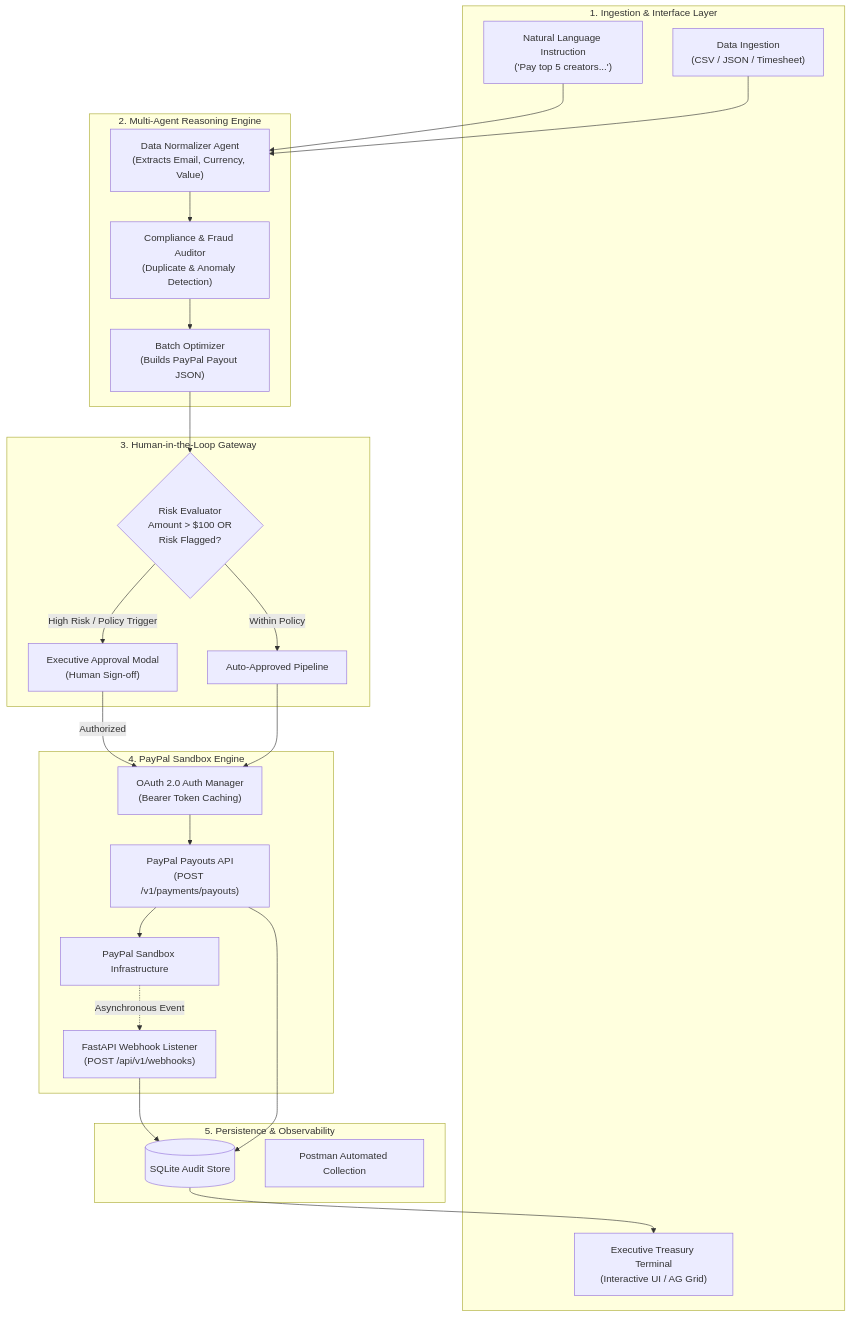
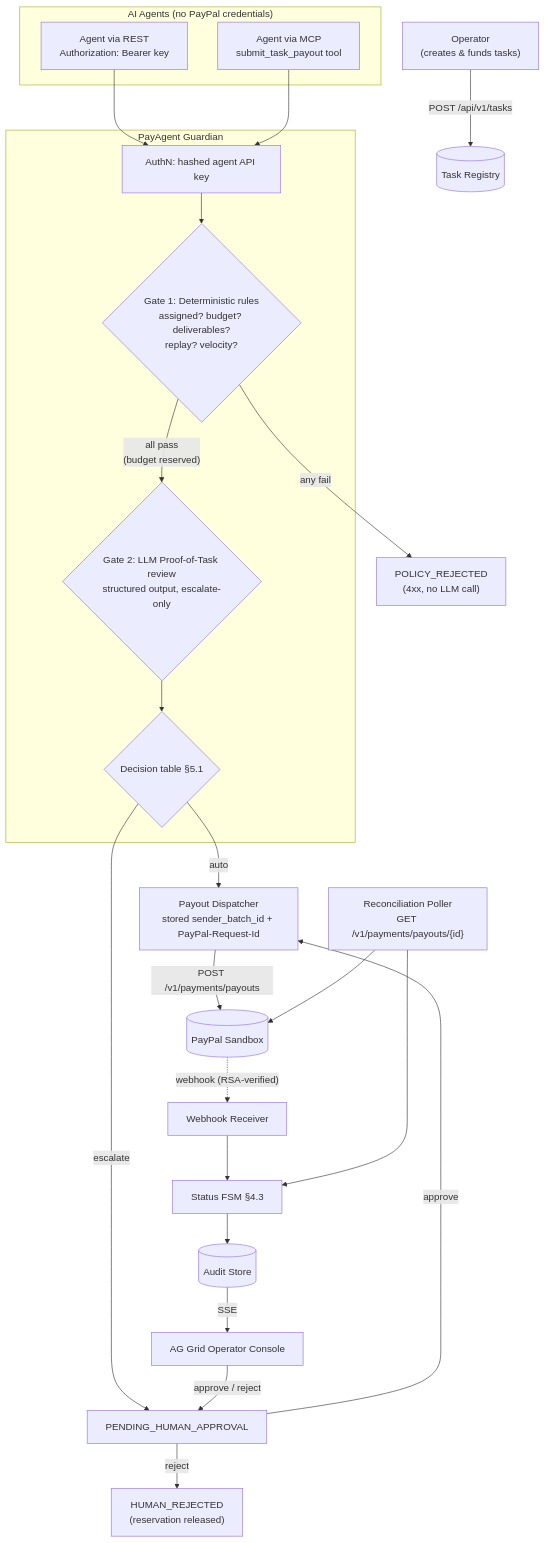
The first of 2 diagrams in ARCHITECTURE.md (samikshasainii/PayAgent-ai), drawn with Mermaid before and after one commit. The commit also changed other lines of this file and 23 other files, not shown here.

````diff
--- a/ARCHITECTURE.md
+++ b/ARCHITECTURE.md
@@ -46,50 +50,32 @@
 ```mermaid
 flowchart TD
-    subgraph ClientLayer ["1. Ingestion & Interface Layer"]
-        UI["Executive Treasury Terminal\n(Interactive UI / AG Grid)"]
-        NLPrompt["Natural Language Instruction\n('Pay top 5 creators...')"]
-        FileDrop["Data Ingestion\n(CSV / JSON / Timesheet)"]
+    Operator["Operator\n(creates & funds tasks)"] -->|POST /api/v1/tasks| Registry[(Task Registry)]
+
+    subgraph Agents ["AI Agents (no PayPal credentials)"]
+        A1["Agent via REST\nAuthorization: Bearer key"]
+        A2["Agent via MCP\nsubmit_task_payout tool"]
     end
 
-    subgraph AgentLayer ["2. Multi-Agent Reasoning Engine"]
-        Normalizer["Data Normalizer Agent\n(Extracts Email, Currency, Value)"]
-        Auditor["Compliance & Fraud Auditor\n(Duplicate & Anomaly Detection)"]
-        Optimizer["Batch Optimizer\n(Builds PayPal Payout JSON)"]
+    subgraph Guardian ["PayAgent Guardian"]
+        Auth["AuthN: hashed agent API key"]
+        G1{"Gate 1: Deterministic rules\nassigned? budget? deliverables?\nreplay? velocity?"}
+        G2{"Gate 2: LLM Proof-of-Task review\nstructured output, escalate-only"}
+        Decide{"Decision table §5.1"}
     end
 
-    subgraph GateLayer ["3. Human-in-the-Loop Gateway"]
-        RiskScore{"Risk Evaluator\nAmount > $100 OR\nRisk Flagged?"}
-        HITL["Executive Approval Modal\n(Human Sign-off)"]
-        AutoPass["Auto-Approved Pipeline"]
-    end
+    A1 & A2 --> Auth --> G1
+    G1 -- "any fail" --> Reject["POLICY_REJECTED\n(4xx, no LLM call)"]
+    G1 -- "all pass\n(budget reserved)" --> G2 --> Decide
+    Decide -- "auto" --> Dispatch
+    Decide -- "escalate" --> HITL["PENDING_HUMAN_APPROVAL"]
+    HITL -- "approve" --> Dispatch
+    HITL -- "reject" --> Rejected["HUMAN_REJECTED\n(reservation released)"]
 
-    subgraph PayPalLayer ["4. PayPal Sandbox Engine"]
-        AuthClient["OAuth 2.0 Auth Manager\n(Bearer Token Caching)"]
-        PayoutAPI["PayPal Payouts API\n(POST /v1/payments/payouts)"]
-        WebhookReceiver["FastAPI Webhook Listener\n(POST /api/v1/webhooks)"]
-        PayPalPlatform["PayPal Sandbox Infrastructure"]
-    end
-
-    subgraph StoreLayer ["5. Persistence & Observability"]
-        DB[(SQLite Audit Store)]
-        PostmanSpecs["Postman Automated Collection"]
-    end
-
-    NLPrompt --> Normalizer
-    FileDrop --> Normalizer
-    Normalizer --> Auditor
-    Auditor --> Optimizer
-    Optimizer --> RiskScore
-
-    RiskScore -- "High Risk / Policy Trigger" --> HITL
-    RiskScore -- "Within Policy" --> AutoPass
-    HITL -- "Authorized" --> AuthClient
-    AutoPass --> AuthClient
-
-    AuthClient --> PayoutAPI
-    PayoutAPI --> PayPalPlatform
-    PayPalPlatform -. "Asynchronous Event" .-> WebhookReceiver
-    WebhookReceiver --> DB
-    PayoutAPI --> DB
-    DB --> UI
+    Dispatch["Payout Dispatcher\nstored sender_batch_id + PayPal-Request-Id"] -->|POST /v1/payments/payouts| PayPal[(PayPal Sandbox)]
+    PayPal -. "webhook (RSA-verified)" .-> WH["Webhook Receiver"]
+    Poller["Reconciliation Poller\nGET /v1/payments/payouts/{id}"] --> PayPal
+    WH & Poller --> FSM["Status FSM §4.3"]
+    FSM --> DB[(Audit Store)]
+    DB -->|SSE| UI["AG Grid Operator Console"]
+    UI -->|approve / reject| HITL
 ```
````
